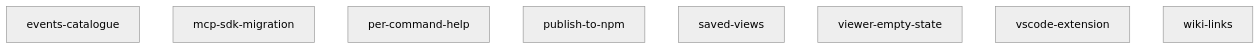
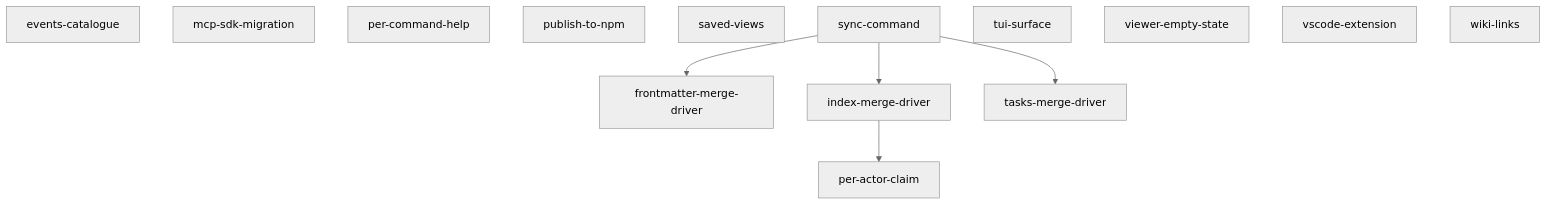
Before and after one commit to morrieinmaas/zettelgeist: the diagram in specs/INDEX.md, drawn with Mermaid (neutral theme). The commit also changed other lines of this file and 49 other files, not shown here.

First line of the commit message:
feat(v0.2): per-actor .claim files + 6 distributed-conflict specs (#1)

````diff
--- a/specs/INDEX.md
+++ b/specs/INDEX.md
@@ -18,11 +24,21 @@
 ```mermaid
 graph TD
   events-catalogue
+  frontmatter-merge-driver
+  index-merge-driver
   mcp-sdk-migration
+  per-actor-claim
   per-command-help
   publish-to-npm
   saved-views
+  sync-command
+  tasks-merge-driver
+  tui-surface
   viewer-empty-state
   vscode-extension
   wiki-links
+  index-merge-driver --> per-actor-claim
+  sync-command --> frontmatter-merge-driver
+  sync-command --> index-merge-driver
+  sync-command --> tasks-merge-driver
 ```
````
